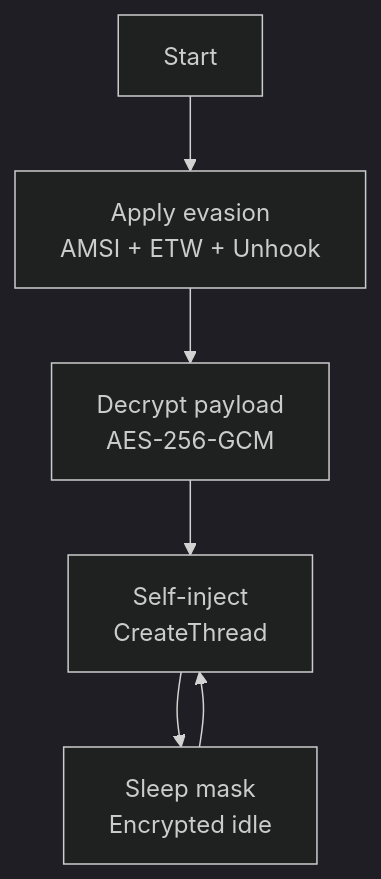
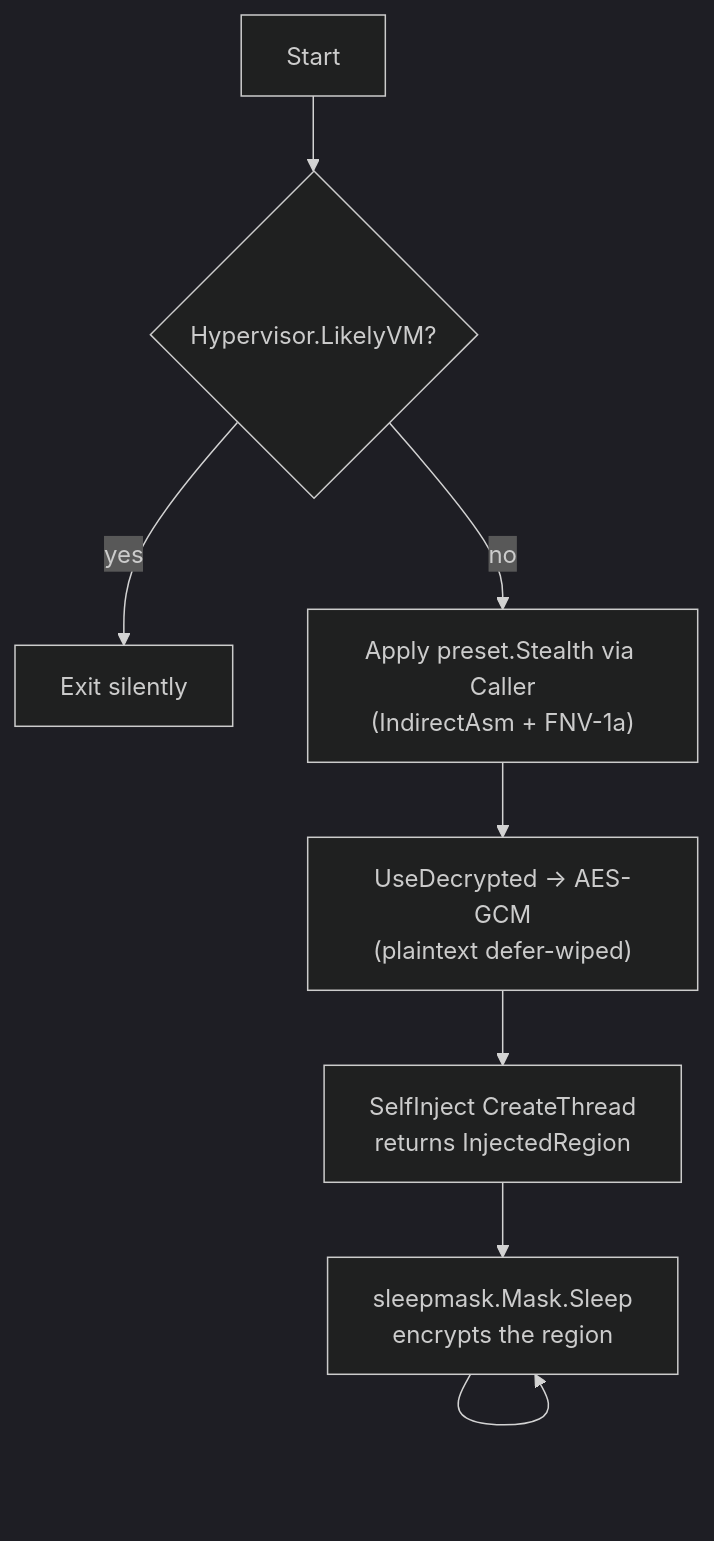
One commit to oioio-space/maldev changed the diagram in docs/examples/basic-implant.md. Above: the diagram before and after it, drawn with Mermaid (dark theme). The commit also changed other lines of this file and 1 other file, not shown here.

````diff
--- a/docs/examples/basic-implant.md
+++ b/docs/examples/basic-implant.md
@@ -12,8 +37,10 @@
 ```mermaid
 flowchart TD
-    A[Start] --> B[Apply evasion<br>AMSI + ETW + Unhook]
-    B --> C[Decrypt payload<br>AES-256-GCM]
-    C --> D[Self-inject<br>CreateThread]
-    D --> E[Sleep mask<br>Encrypted idle]
-    E --> D
+    A[Start] --> B{Hypervisor.LikelyVM?}
+    B -->|yes| Z[Exit silently]
+    B -->|no| C["Apply preset.Stealth via Caller<br>(IndirectAsm + FNV-1a)"]
+    C --> D["UseDecrypted → AES-GCM<br>(plaintext defer-wiped)"]
+    D --> E["SelfInject CreateThread<br>returns InjectedRegion"]
+    E --> F[sleepmask.Mask.Sleep<br>encrypts the region]
+    F --> F
 ```
````
